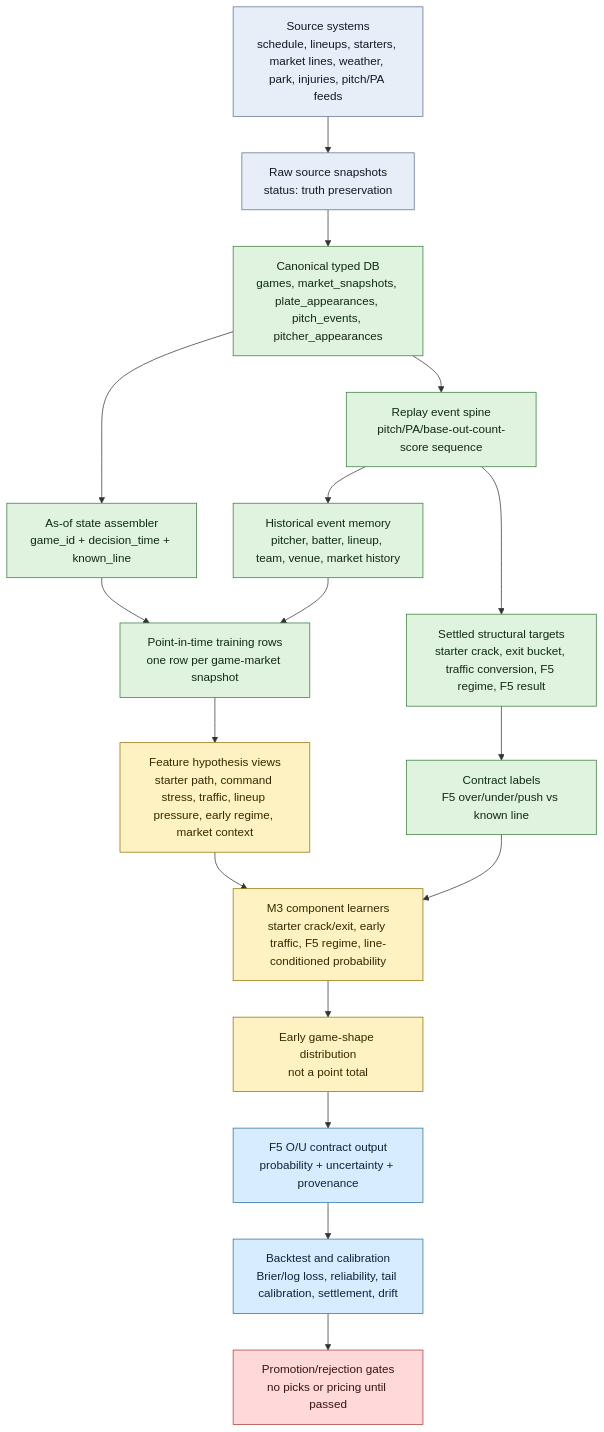
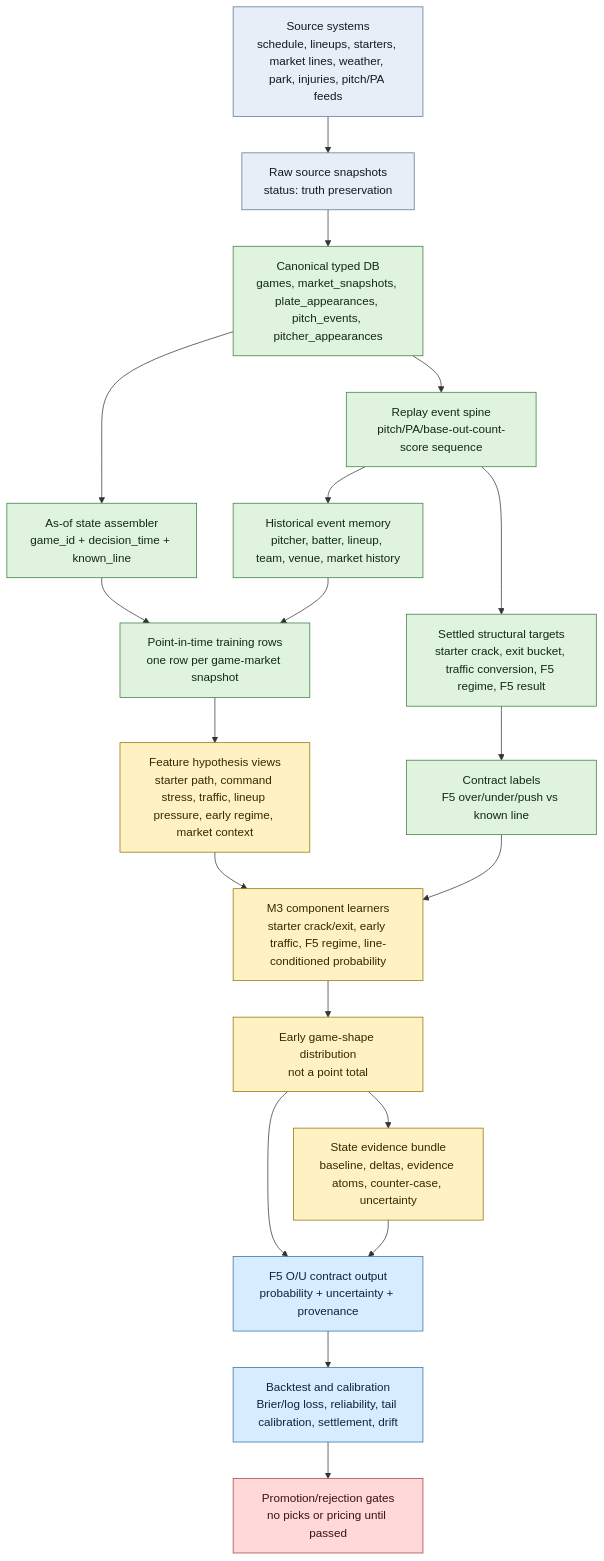
One commit to jiancchen/SlateAi changed the first of 2 diagrams in development-docs/mlb/models/mlb-m3-early-game-shape-v0-pipeline.md. Above: the diagram before and after it, drawn with Mermaid. The commit also changed other lines of this file and 2 other files, not shown here.

First line of the commit message:
Add MLB-M3 state evidence architecture

````diff
--- a/development-docs/mlb/models/mlb-m3-early-game-shape-v0-pipeline.md
+++ b/development-docs/mlb/models/mlb-m3-early-game-shape-v0-pipeline.md
@@ -57,35 +58,37 @@
 ```mermaid
 flowchart TD
   SRC["Source systems<br/>schedule, lineups, starters, market lines, weather, park, injuries, pitch/PA feeds"] --> RAW["Raw source snapshots<br/>status: truth preservation"]
   RAW --> CANON["Canonical typed DB<br/>games, market_snapshots, plate_appearances, pitch_events, pitcher_appearances"]
   CANON --> SPINE["Replay event spine<br/>pitch/PA/base-out-count-score sequence"]
   CANON --> ASOF["As-of state assembler<br/>game_id + decision_time + known_line"]
 
   SPINE --> HIST["Historical event memory<br/>pitcher, batter, lineup, team, venue, market history"]
   ASOF --> PIT["Point-in-time training rows<br/>one row per game-market snapshot"]
   HIST --> PIT
 
   PIT --> VIEWS["Feature hypothesis views<br/>starter path, command stress, traffic, lineup pressure, early regime, market context"]
   SPINE --> TARGETS["Settled structural targets<br/>starter crack, exit bucket, traffic conversion, F5 regime, F5 result"]
   TARGETS --> LABELS["Contract labels<br/>F5 over/under/push vs known line"]
 
   VIEWS --> COMPONENTS["M3 component learners<br/>starter crack/exit, early traffic, F5 regime, line-conditioned probability"]
   LABELS --> COMPONENTS
 
   COMPONENTS --> DIST["Early game-shape distribution<br/>not a point total"]
+  DIST --> EVIDENCE["State evidence bundle<br/>baseline, deltas, evidence atoms, counter-case, uncertainty"]
   DIST --> CONTRACT["F5 O/U contract output<br/>probability + uncertainty + provenance"]
+  EVIDENCE --> CONTRACT
   CONTRACT --> EVAL["Backtest and calibration<br/>Brier/log loss, reliability, tail calibration, settlement, drift"]
   EVAL --> GATES["Promotion/rejection gates<br/>no picks or pricing until passed"]
 
   classDef source fill:#e8eef7,stroke:#5b6f92,color:#111827;
   classDef data fill:#dff3df,stroke:#367c39,color:#102b13;
   classDef model fill:#fff2c2,stroke:#927000,color:#332800;
   classDef output fill:#d7ecff,stroke:#2f6f9f,color:#0d2638;
   classDef gate fill:#ffd9d9,stroke:#aa3b3b,color:#3b1111;
 
   class SRC,RAW source;
   class CANON,SPINE,ASOF,HIST,PIT,TARGETS,LABELS data;
-  class VIEWS,COMPONENTS,DIST model;
+  class VIEWS,COMPONENTS,DIST,EVIDENCE model;
   class CONTRACT,EVAL output;
   class GATES gate;
 ```
````
